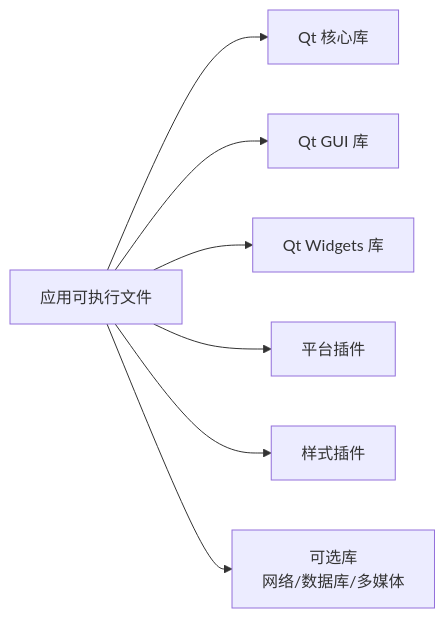
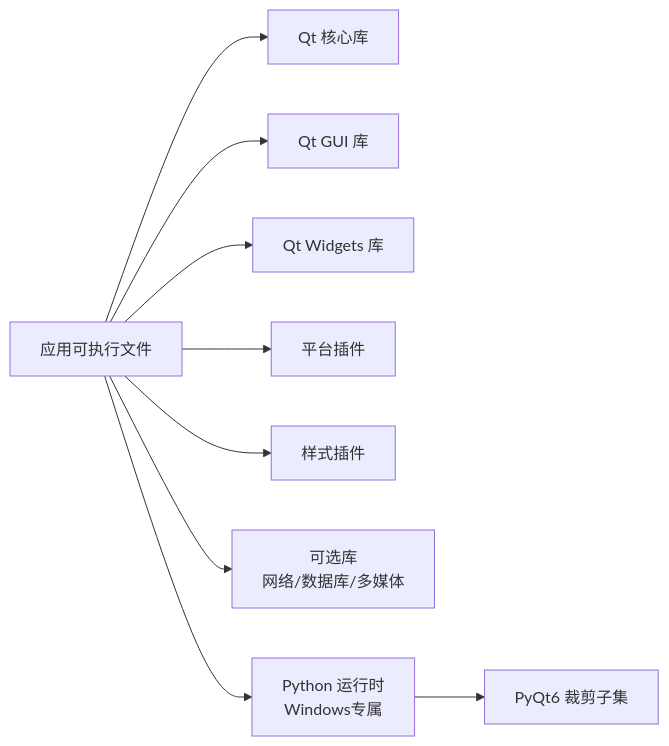
One commit to jakecai1225-design/OpenBus changed the third of 3 diagrams in .qoder/repowiki/zh/content/构建和部署/打包和部署.md. Above: the diagram before and after it, drawn with Mermaid. The commit also changed other lines of this file and 64 other files, not shown here.

````diff
--- a/.qoder/repowiki/zh/content/构建和部署/打包和部署.md
+++ b/.qoder/repowiki/zh/content/构建和部署/打包和部署.md
@@ -139,9 +224,11 @@
 ```mermaid
 graph LR
 App["应用可执行文件"] --> QtCore["Qt 核心库"]
 App --> QtGui["Qt GUI 库"]
 App --> QtWidgets["Qt Widgets 库"]
 App --> PlatformPlugin["平台插件"]
 App --> StylePlugin["样式插件"]
 App --> OptionalLib["可选库<br/>网络/数据库/多媒体"]
+App --> PythonRuntime["Python 运行时<br/>Windows专属"]
+PythonRuntime --> PyQt6["PyQt6 裁剪子集"]
 ```
````
